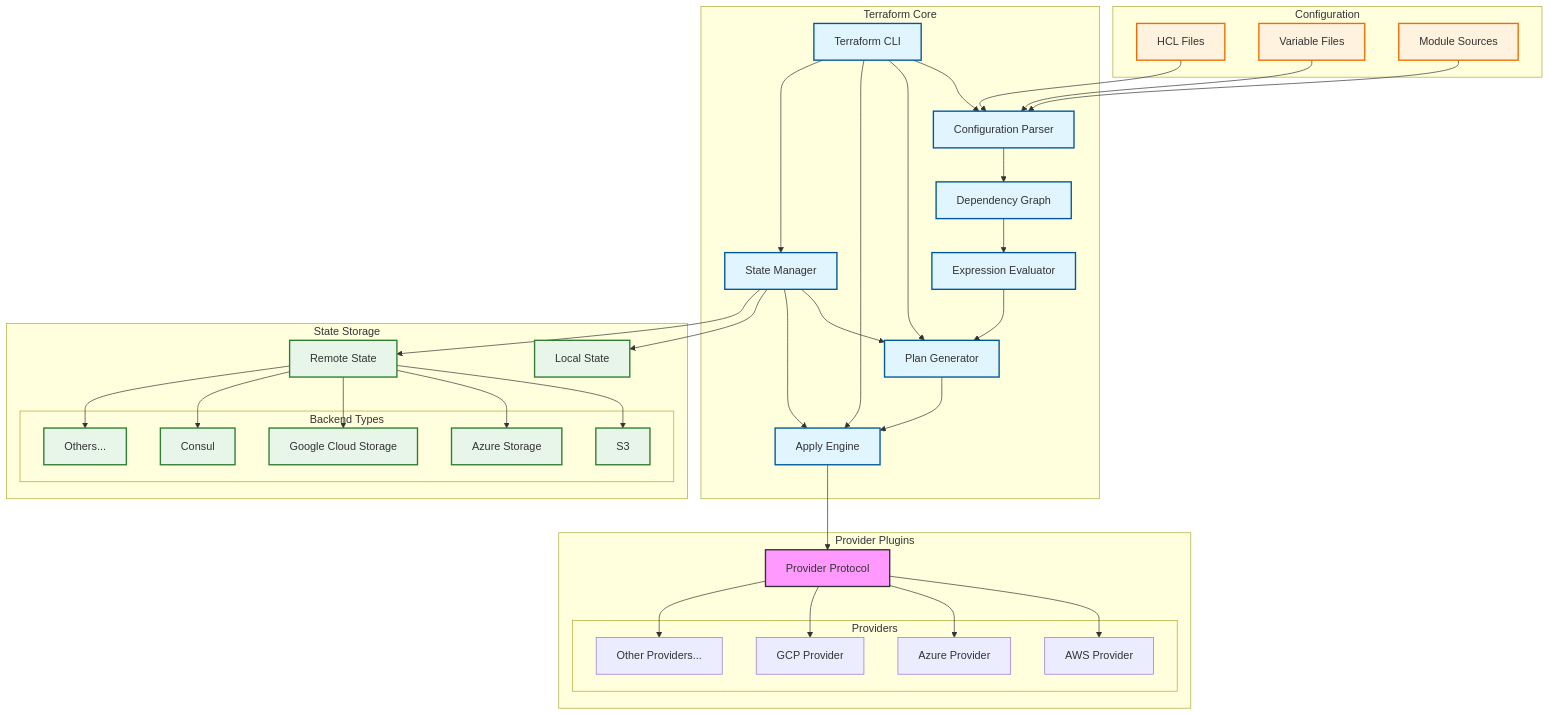
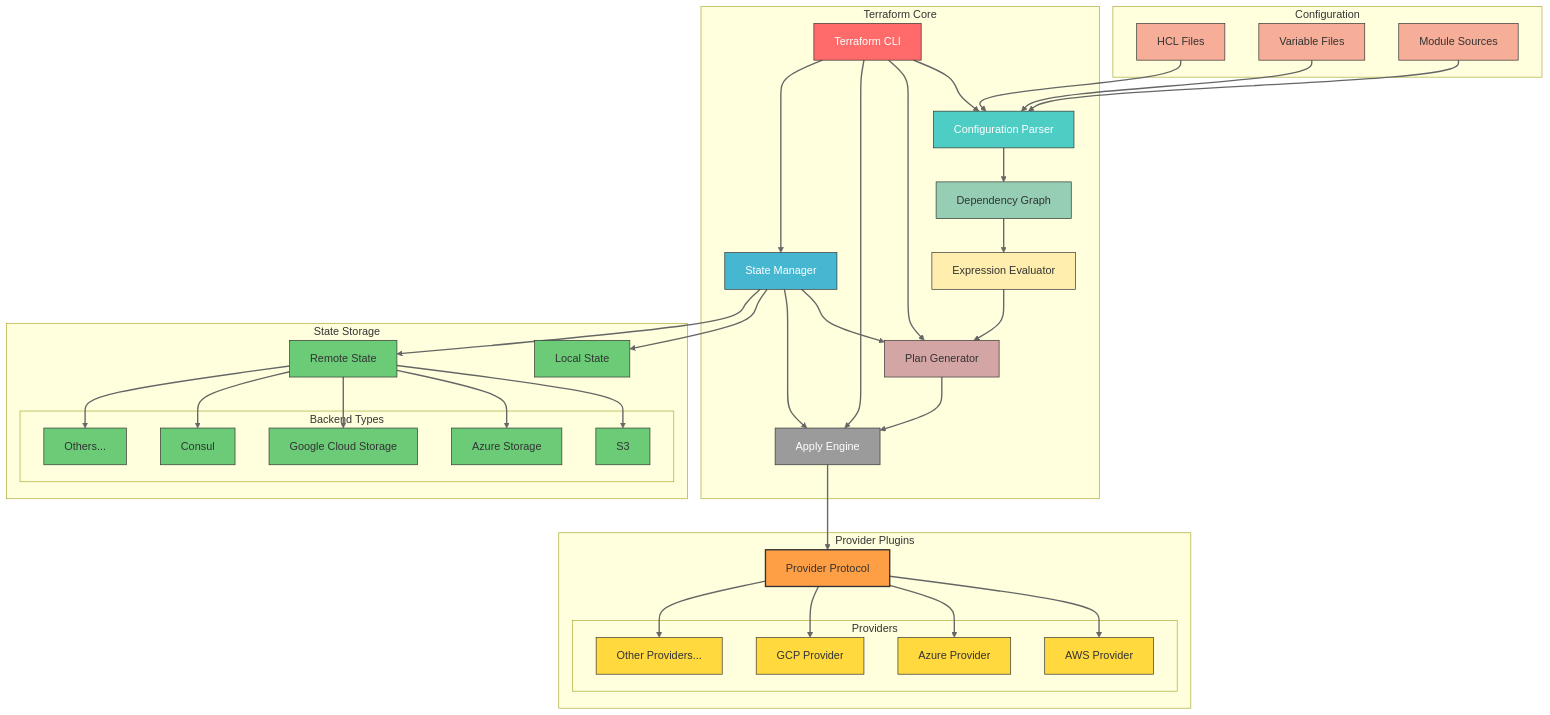
The diagram in terraform-arch.md (prabhic/llmtuts), drawn with Mermaid before and after one commit.

````diff
--- a/terraform-arch.md
+++ b/terraform-arch.md
@@ -1,46 +1,58 @@
 ```mermaid
 graph TB
+    %% Color definitions
+    classDef cliStyle fill:#FF6B6B,stroke:#333,color:white
+    classDef parserStyle fill:#4ECDC4,stroke:#333,color:white
+    classDef stateStyle fill:#45B7D1,stroke:#333,color:white
+    classDef graphStyle fill:#96CEB4,stroke:#333
+    classDef evalStyle fill:#FFEEAD,stroke:#333
+    classDef planStyle fill:#D4A5A5,stroke:#333
+    classDef applyStyle fill:#9B9B9B,stroke:#333,color:white
+    classDef providerStyle fill:#FFD93D,stroke:#333
+    classDef storageStyle fill:#6BCB77,stroke:#333
+    classDef configStyle fill:#F6AE99,stroke:#333
+
     subgraph "Terraform Core"
-        CLI[Terraform CLI]
-        Parser[Configuration Parser]
-        State[State Manager]
-        Graph[Dependency Graph]
-        Eval[Expression Evaluator]
-        Plan[Plan Generator]
-        Apply[Apply Engine]
+        CLI[Terraform CLI]:::cliStyle
+        Parser[Configuration Parser]:::parserStyle
+        State[State Manager]:::stateStyle
+        Graph[Dependency Graph]:::graphStyle
+        Eval[Expression Evaluator]:::evalStyle
+        Plan[Plan Generator]:::planStyle
+        Apply[Apply Engine]:::applyStyle
     end
 
     subgraph "Provider Plugins"
         PP[Provider Protocol]
-        style PP fill:#f9f,stroke:#333,stroke-width:2px
+        style PP fill:#FF9F45,stroke:#333,stroke-width:2px
         
         subgraph "Providers"
-            AWS[AWS Provider]
-            Azure[Azure Provider]
-            GCP[GCP Provider]
-            Others[Other Providers...]
+            AWS[AWS Provider]:::providerStyle
+            Azure[Azure Provider]:::providerStyle
+            GCP[GCP Provider]:::providerStyle
+            Others[Other Providers...]:::providerStyle
         end
     end
 
     subgraph "State Storage"
-        Local[Local State]
-        Remote[Remote State]
+        Local[Local State]:::storageStyle
+        Remote[Remote State]:::storageStyle
         subgraph "Backend Types"
-            S3[S3]
-            Azure_Storage[Azure Storage]
-            GCS[Google Cloud Storage]
-            Consul[Consul]
-            Others_Backend[Others...]
+            S3[S3]:::storageStyle
+            Azure_Storage[Azure Storage]:::storageStyle
+            GCS[Google Cloud Storage]:::storageStyle
+            Consul[Consul]:::storageStyle
+            Others_Backend[Others...]:::storageStyle
         end
     end
 
     subgraph "Configuration"
-        HCL[HCL Files]
-        Vars[Variable Files]
-        Module[Module Sources]
+        HCL[HCL Files]:::configStyle
+        Vars[Variable Files]:::configStyle
+        Module[Module Sources]:::configStyle
     end
 
-    %% Core Component Relationships
+    %% Relationships
     HCL --> Parser
     Vars --> Parser
     Module --> Parser
@@ -50,15 +62,11 @@
     Plan --> Apply
     State --> Plan
     State --> Apply
-
-    %% Provider Relationships
     Apply --> PP
     PP --> AWS
     PP --> Azure
     PP --> GCP
     PP --> Others
-
-    %% State Storage Relationships
     State --> Local
     State --> Remote
     Remote --> S3
@@ -66,19 +74,11 @@
     Remote --> GCS
     Remote --> Consul
     Remote --> Others_Backend
-
-    %% Additional Components
     CLI --> Parser
     CLI --> Plan
     CLI --> Apply
     CLI --> State
 
-    %% Styling
-    classDef core fill:#e1f5fe,stroke:#01579b,stroke-width:2px
-    classDef storage fill:#e8f5e9,stroke:#2e7d32,stroke-width:2px
-    classDef config fill:#fff3e0,stroke:#ef6c00,stroke-width:2px
-
-    class CLI,Parser,State,Graph,Eval,Plan,Apply core
-    class Local,Remote,S3,Azure_Storage,GCS,Consul,Others_Backend storage
-    class HCL,Vars,Module config
+    %% Link Styles
+    linkStyle default stroke:#666,stroke-width:2px
 ```
````
